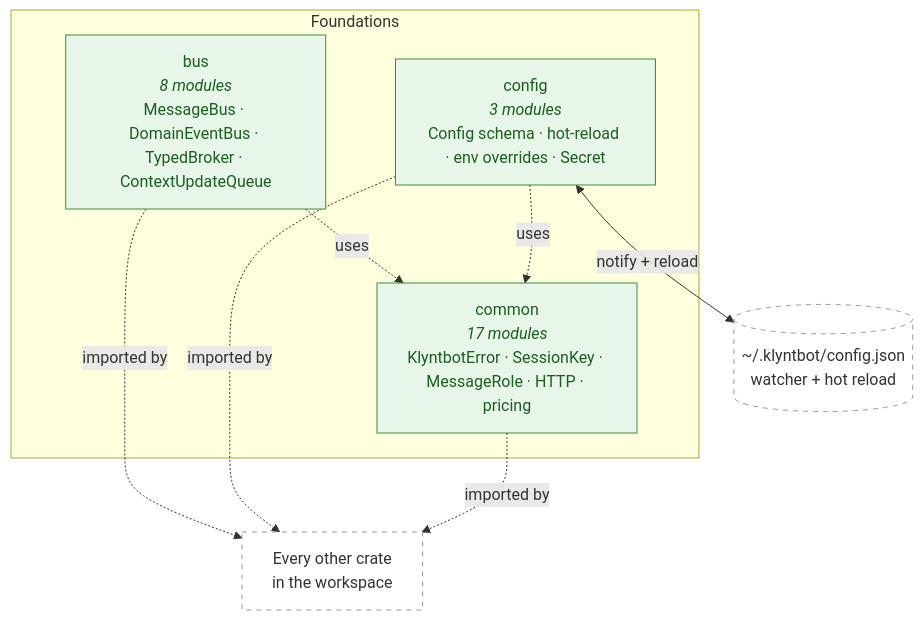
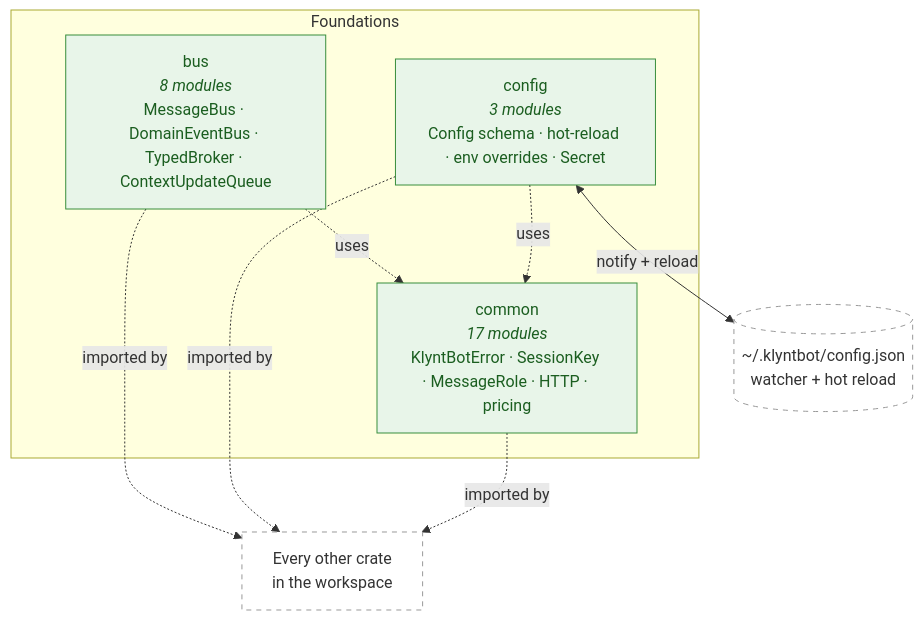
The diagram in docs/architecture/subsystems/01-foundations.md (KlyntLabs/klyntbot), drawn with Mermaid before and after one commit. The commit also changed other lines of this file and 20 other files, not shown here.

First line of the commit message:
docs: align CLAUDE.md, README.md, and About panel with architecture docs system

````diff
--- a/docs/architecture/subsystems/01-foundations.md
+++ b/docs/architecture/subsystems/01-foundations.md
@@ -20,22 +20,22 @@
 ```mermaid
 flowchart TB
     classDef ext fill:#fff,stroke:#999,stroke-dasharray:5
     classDef found fill:#e8f5e9,stroke:#388e3c,color:#1b5e20
 
     subgraph FOUND ["Foundations"]
-        COM[common<br/><i>17 modules</i><br/>KlyntbotError · SessionKey · MessageRole · HTTP · pricing]:::found
+        COM[common<br/><i>17 modules</i><br/>KlyntBotError · SessionKey · MessageRole · HTTP · pricing]:::found
         CFG[config<br/><i>3 modules</i><br/>Config schema · hot-reload · env overrides · Secret]:::found
         BUS[bus<br/><i>8 modules</i><br/>MessageBus · DomainEventBus · TypedBroker · ContextUpdateQueue]:::found
     end
 
     CFG -.uses.-> COM
     BUS -.uses.-> COM
 
     SUB1[Every other crate<br/>in the workspace]:::ext
     COM -.imported by.-> SUB1
     CFG -.imported by.-> SUB1
     BUS -.imported by.-> SUB1
 
     DISK[(~/.klyntbot/config.json<br/>watcher + hot reload)]:::ext
     CFG <-->|notify + reload| DISK
 ```
````
